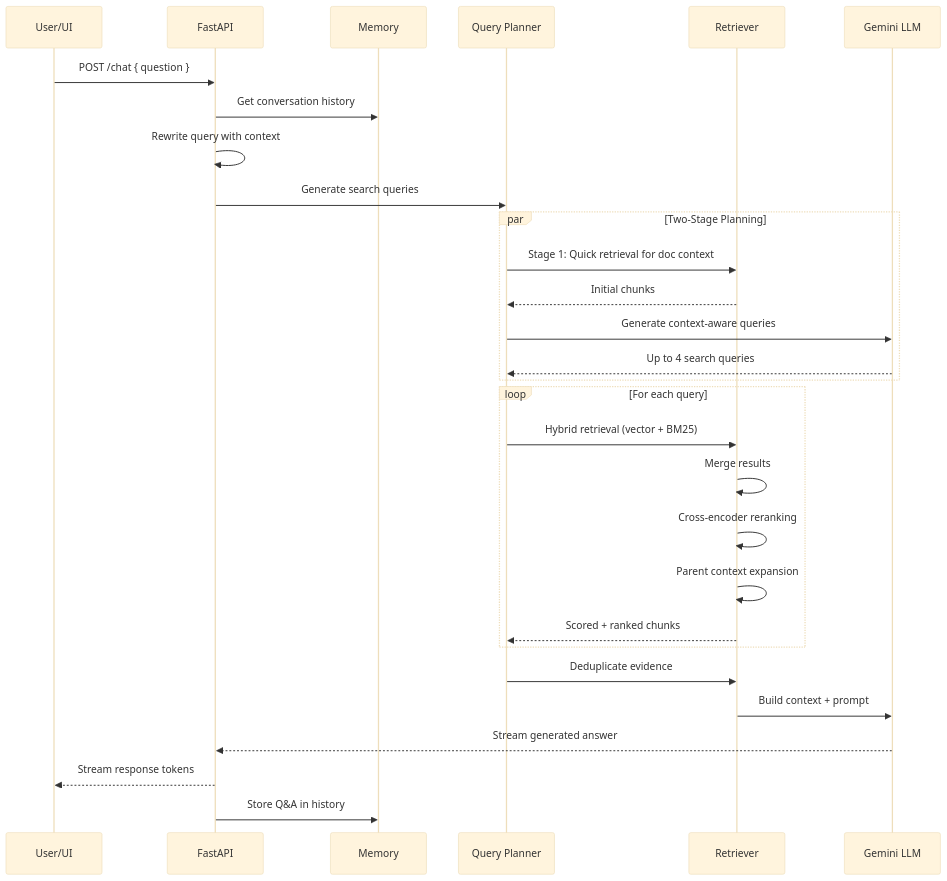
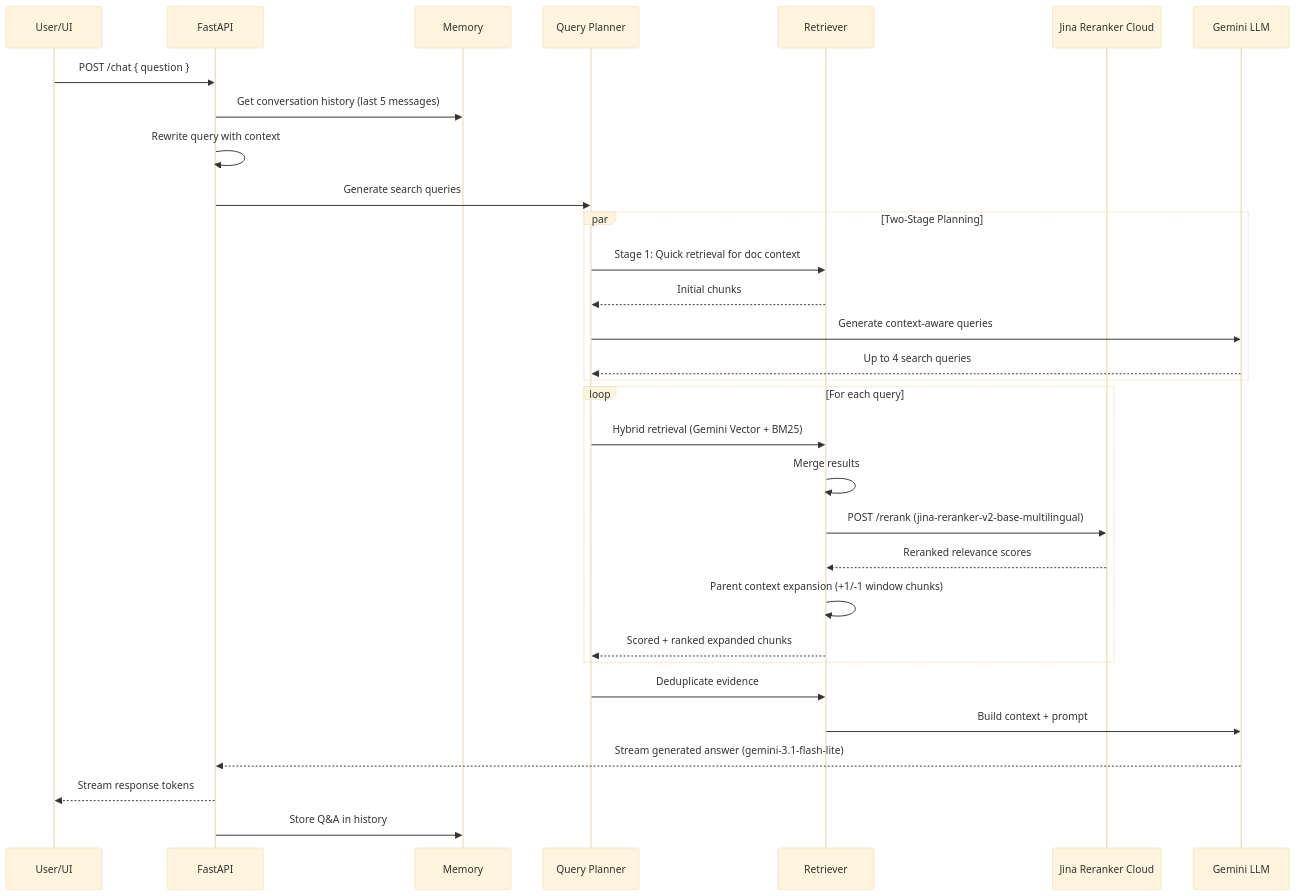
One commit to Prakshit0902/pdf-rag changed the third of 3 diagrams in Readme.md. Above: the diagram before and after it, drawn with Mermaid (base theme). The commit also changed other lines of this file, not shown here.

````diff
--- a/Readme.md
+++ b/Readme.md
@@ -114,35 +141,37 @@
 ```mermaid
 sequenceDiagram
     participant U as User/UI
     participant API as FastAPI
     participant M as Memory
     participant QP as Query Planner
     participant R as Retriever
+    participant J as Jina Reranker Cloud
     participant G as Gemini LLM
 
     U->>API: POST /chat { question }
-    API->>M: Get conversation history
+    API->>M: Get conversation history (last 5 messages)
     API->>API: Rewrite query with context
     API->>QP: Generate search queries
 
     par Two-Stage Planning
         QP->>R: Stage 1: Quick retrieval for doc context
         R-->>QP: Initial chunks
         QP->>G: Generate context-aware queries
         G-->>QP: Up to 4 search queries
     end
 
     loop For each query
-        QP->>R: Hybrid retrieval (vector + BM25)
+        QP->>R: Hybrid retrieval (Gemini Vector + BM25)
         R->>R: Merge results
-        R->>R: Cross-encoder reranking
-        R->>R: Parent context expansion
-        R-->>QP: Scored + ranked chunks
+        R->>J: POST /rerank (jina-reranker-v2-base-multilingual)
+        J-->>R: Reranked relevance scores
+        R->>R: Parent context expansion (+1/-1 window chunks)
+        R-->>QP: Scored + ranked expanded chunks
     end
 
     QP->>R: Deduplicate evidence
     R->>G: Build context + prompt
-    G-->>API: Stream generated answer
+    G-->>API: Stream generated answer (gemini-3.1-flash-lite)
     API-->>U: Stream response tokens
     API->>M: Store Q&A in history
 ```
````
